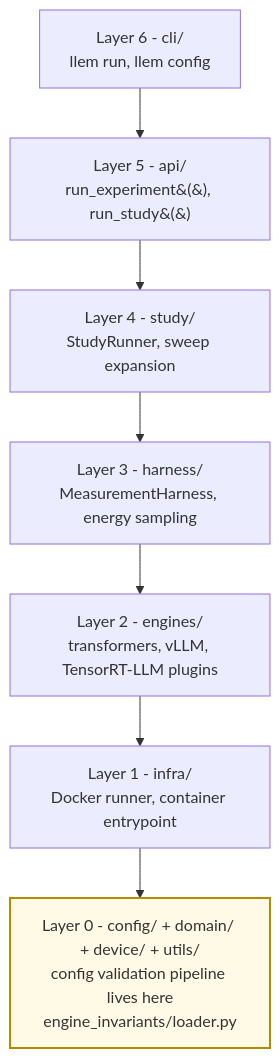
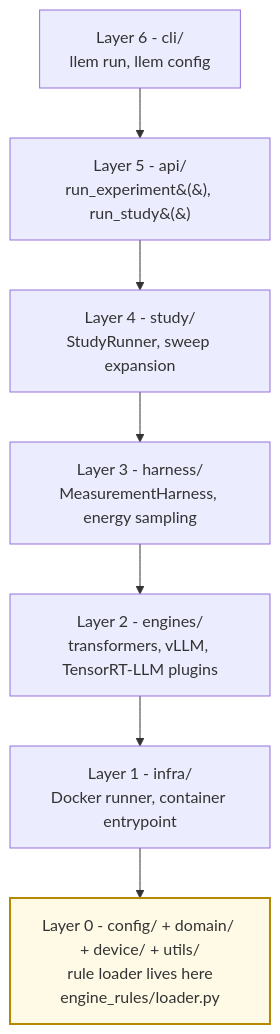
Before and after one commit to henrycgbaker/LLenergyMeasure: the second of 2 diagrams in docs/explanation/architecture/architecture-overview.md, drawn with Mermaid. The commit also changed other lines of this file and 23 other files, not shown here.

First line of the commit message:
docs: align documentation with byte-verification engine knowledge flow (#759)

````diff
--- a/docs/explanation/architecture/architecture-overview.md
+++ b/docs/explanation/architecture/architecture-overview.md
@@ -81,15 +90,15 @@
 ```mermaid
 flowchart TD
     L6["Layer 6 - cli/<br/>llem run, llem config"]
     L5["Layer 5 - api/<br/>run_experiment&#40;&#41;, run_study&#40;&#41;"]
     L4["Layer 4 - study/<br/>StudyRunner, sweep expansion"]
     L3["Layer 3 - harness/<br/>MeasurementHarness, energy sampling"]
     L2["Layer 2 - engines/<br/>transformers, vLLM, TensorRT-LLM plugins"]
     L1["Layer 1 - infra/<br/>Docker runner, container entrypoint"]
-    L0["Layer 0 - config/ + domain/ + device/ + utils/<br/>config validation pipeline lives here<br/>engine_invariants/loader.py"]
+    L0["Layer 0 - config/ + domain/ + device/ + utils/<br/>rule loader lives here<br/>engine_rules/loader.py"]
 
     L6 --> L5 --> L4 --> L3 --> L2 --> L1 --> L0
 
     classDef target fill:#fffae6,stroke:#b58900,stroke-width:2px;
     class L0 target;
 ```
````
